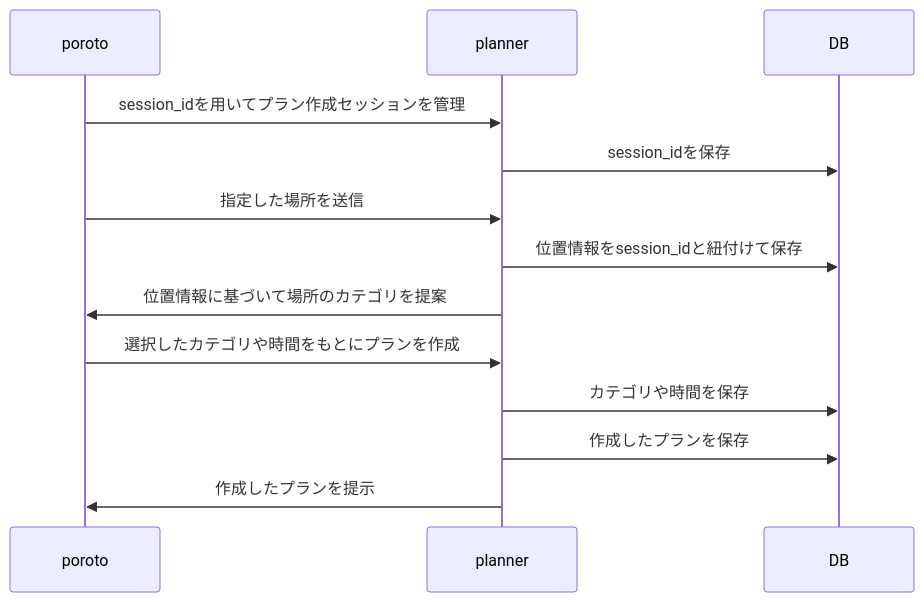
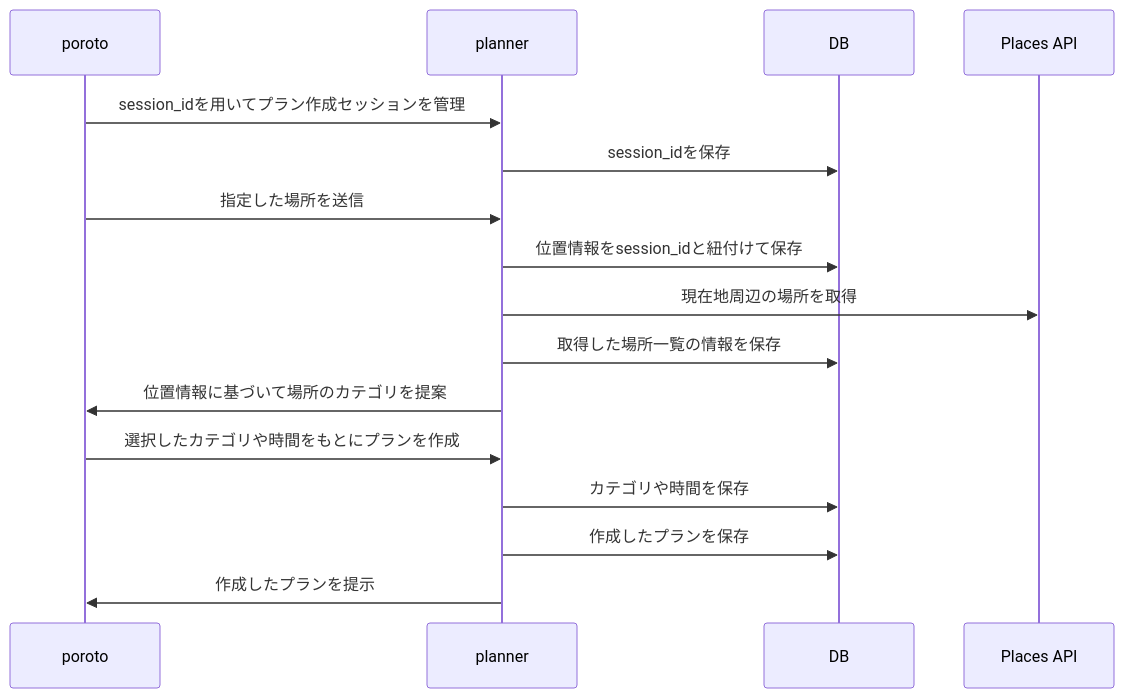
The second of 2 diagrams in doc/create_plan_session.md (poroto-app/planner), drawn with Mermaid before and after one commit. The commit also changed other lines of this file, not shown here.

Commit message:
doc: 検索結果を保存する手順を追記

````diff
--- a/doc/create_plan_session.md
+++ b/doc/create_plan_session.md
@@ -19,13 +21,15 @@
 ```mermaid
 sequenceDiagram
     poroto->>planner: session_idを用いてプラン作成セッションを管理
     planner->>DB: session_idを保存
     poroto->>planner:　指定した場所を送信
     planner->>DB: 位置情報をsession_idと紐付けて保存
     # この状態で現在地が保存されるため、リロードしても問題ない
+    planner->>Places API: 現在地周辺の場所を取得
+    planner->>DB: 取得した場所一覧の情報を保存
     planner->>poroto: 位置情報に基づいて場所のカテゴリを提案
     poroto->>planner: 選択したカテゴリや時間をもとにプランを作成
     planner->>DB: カテゴリや時間を保存
     planner->>DB: 作成したプランを保存
     planner->>poroto: 作成したプランを提示
 ```
````
